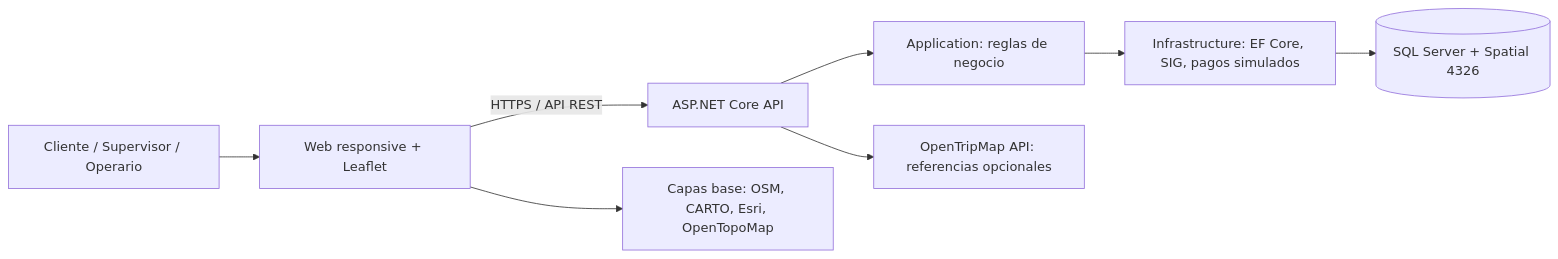
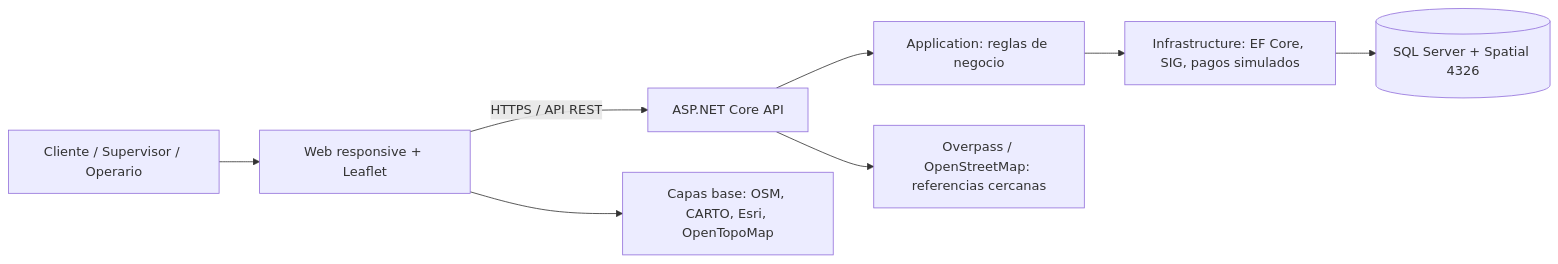
One commit to juancarlosperezarauco-hue/aguacontrol changed the first of 3 diagrams in AquaControl/docs/01_Arquitectura_y_Diagramas.md. Above: the diagram before and after it, drawn with Mermaid. The commit also changed other lines of this file and 9 other files, not shown here.

Commit message:
feat: usar referencias OSM sin clave

````diff
--- a/AquaControl/docs/01_Arquitectura_y_Diagramas.md
+++ b/AquaControl/docs/01_Arquitectura_y_Diagramas.md
@@ -5,10 +5,10 @@
 ```mermaid
 flowchart LR
   U[Cliente / Supervisor / Operario] --> W[Web responsive + Leaflet]
   W -->|HTTPS / API REST| A[ASP.NET Core API]
   A --> AP[Application: reglas de negocio]
   AP --> IN[Infrastructure: EF Core, SIG, pagos simulados]
   IN --> SQL[(SQL Server + Spatial 4326)]
-  A --> OTM[OpenTripMap API: referencias opcionales]
+  A --> OSM[Overpass / OpenStreetMap: referencias cercanas]
   W --> T[Capas base: OSM, CARTO, Esri, OpenTopoMap]
 ```
````
